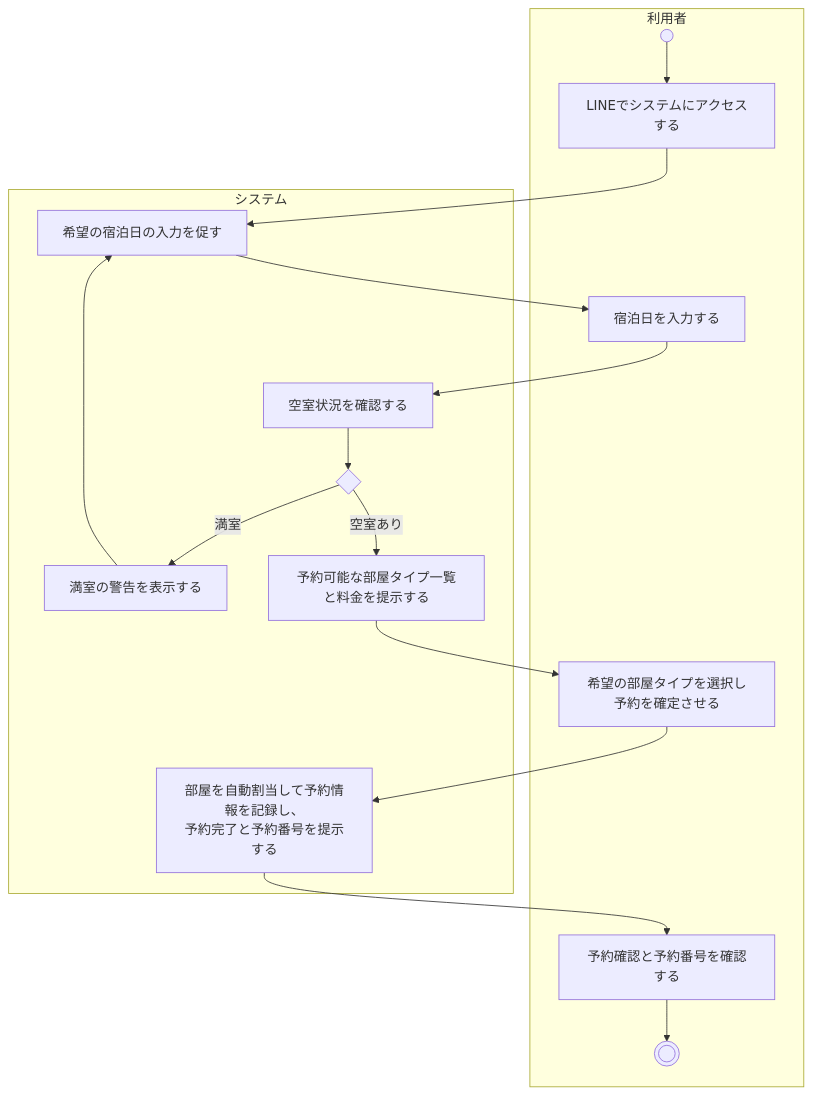
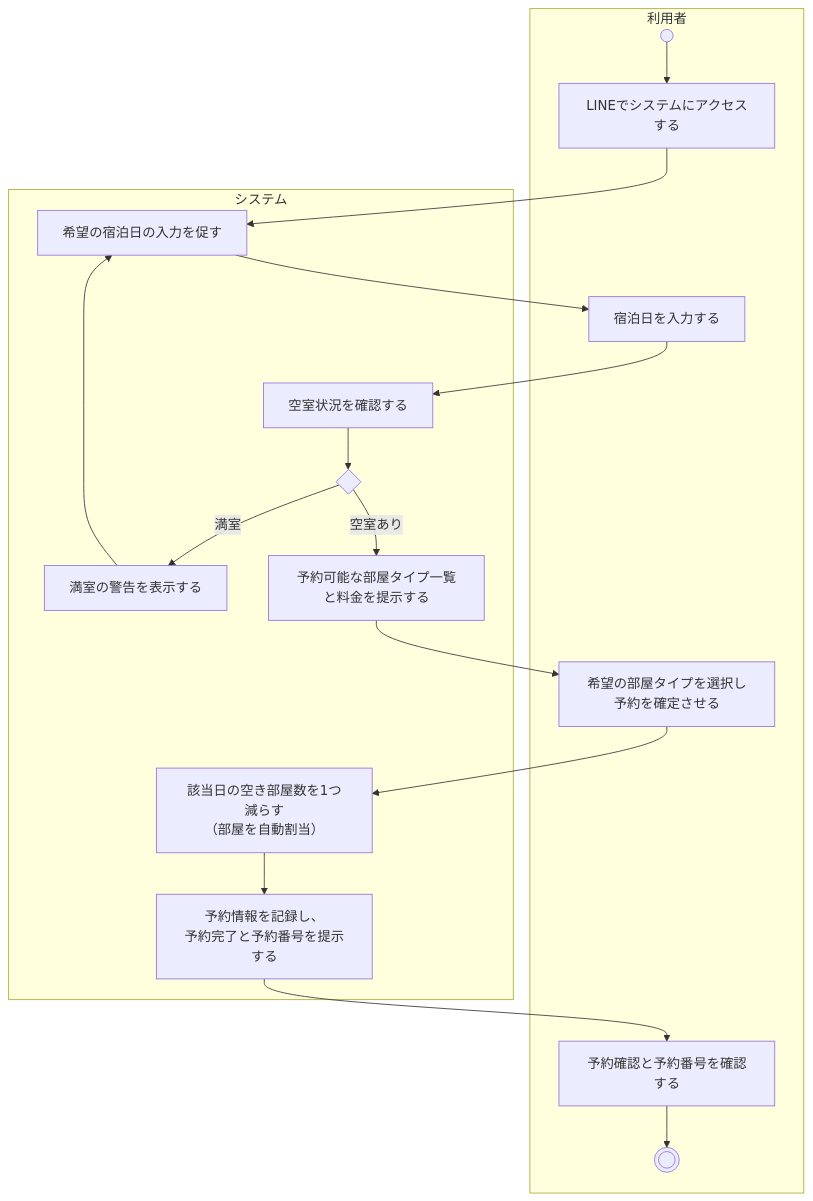
Before and after one commit to Kohki-tyl/HRS: the second of 4 diagrams in Requirements_Analysis.md, drawn with Mermaid. The commit also changed other lines of this file and 1 other file, not shown here.

````diff
--- a/Requirements_Analysis.md
+++ b/Requirements_Analysis.md
@@ -157,36 +160,40 @@
 ```mermaid
 flowchart TD
     subgraph U[利用者]
         A0(( )) --> A1[LINEでシステムにアクセスする]
         A4[宿泊日を入力する]
         A9[希望の部屋タイプを選択し予約を確定させる]
         A11[予約確認と予約番号を確認する] --> A12((( )))
     end
 
     subgraph S[システム]
         A2[希望の宿泊日の入力を促す]
         A5[空室状況を確認する]
         A6{ }
         A7[予約可能な部屋タイプ一覧と料金を提示する]
         A8[満室の警告を表示する]
-        A10[部屋を自動割当して予約情報を記録し、<br/>予約完了と予約番号を提示する]
+        
+        %% 処理を分割・追加
+        A10_1[該当日の空き部屋数を1つ減らす<br/>（部屋を自動割当）]
+        A10_2[予約情報を記録し、<br/>予約完了と予約番号を提示する]
     end
 
     %% コントロールフロー
     A1 --> A2
     A2 --> A4
     A4 --> A5
     A5 --> A6
     
     %% 条件分岐（空室状況の確認結果）
     A6 -->|空室あり| A7
     A6 -->|満室| A8
     
     %% ループ（警告表示から再入力の促しへ）
     A8 --> A2
     
-    %% 予約確定から完了への流れ
+    %% 予約確定から完了への流れ（修正部分）
     A7 --> A9
-    A9 --> A10
-    A10 --> A11
+    A9 --> A10_1
+    A10_1 --> A10_2
+    A10_2 --> A11
 ```
````
